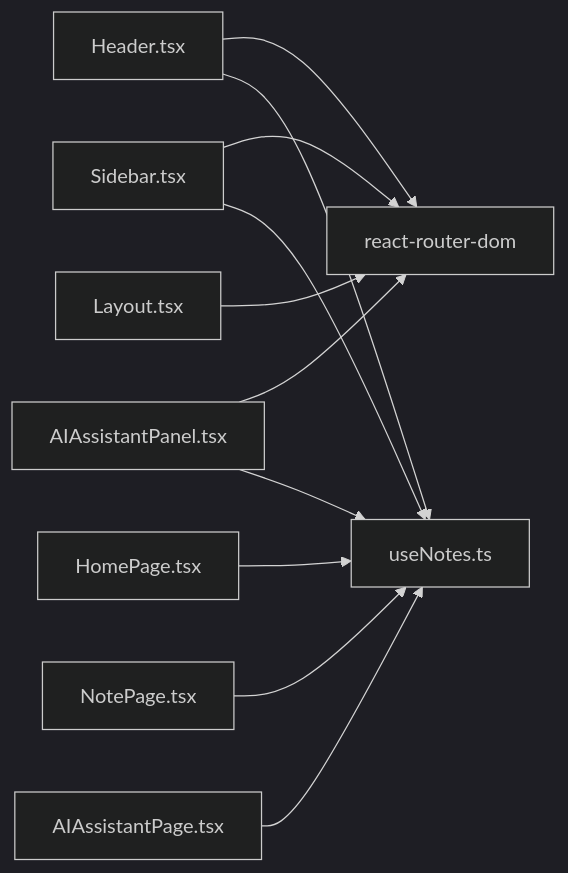
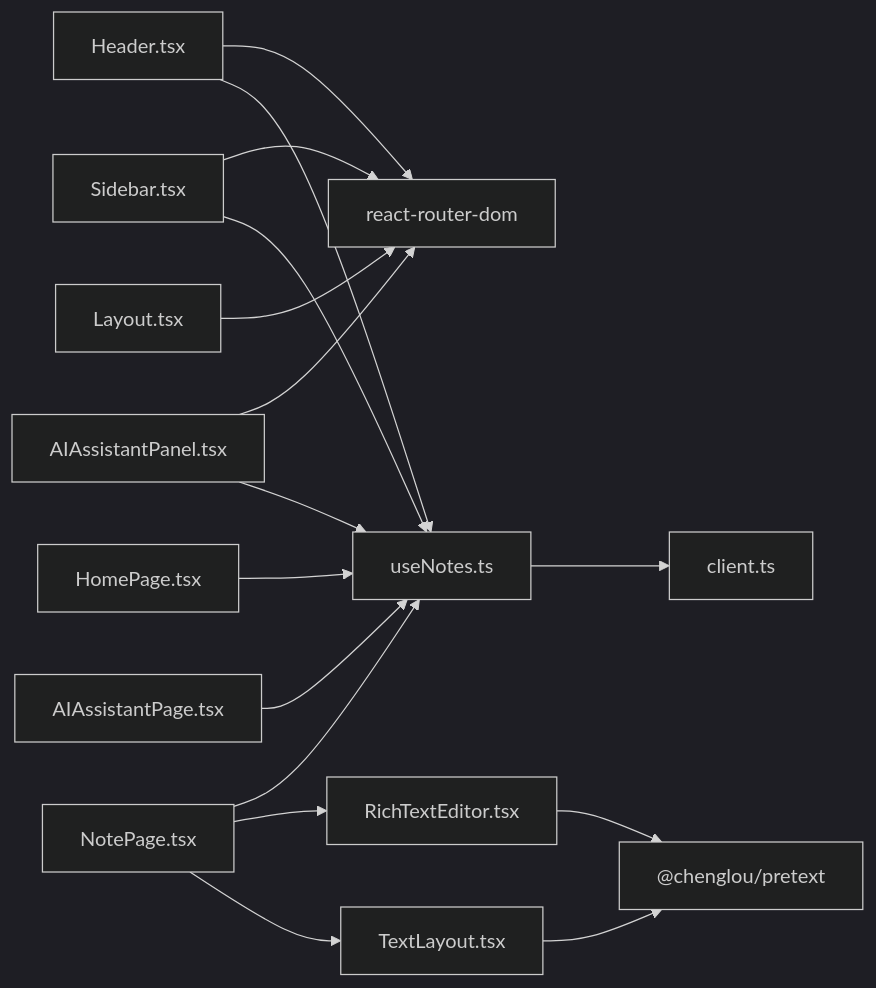
Before and after one commit to acproject/tomato_notebook: diagram 11 of 11 in .qoder/repowiki/zh/content/Web前端应用/UI组件系统.md, drawn with Mermaid (dark theme). The commit also changed other lines of this file and 14 other files, not shown here.

````diff
--- a/.qoder/repowiki/zh/content/Web前端应用/UI组件系统.md
+++ b/.qoder/repowiki/zh/content/Web前端应用/UI组件系统.md
@@ -353,13 +534,18 @@
 ```mermaid
 graph LR
 HEADER["Header.tsx"] --> ROUTER["react-router-dom"]
 SIDEBAR["Sidebar.tsx"] --> ROUTER
 AI_PANEL["AIAssistantPanel.tsx"] --> ROUTER
 LAYOUT["Layout.tsx"] --> ROUTER
 HEADER --> HOOKS["useNotes.ts"]
 SIDEBAR --> HOOKS
 AI_PANEL --> HOOKS
 HOME["HomePage.tsx"] --> HOOKS
 NOTE["NotePage.tsx"] --> HOOKS
 AI_PAGE["AIAssistantPage.tsx"] --> HOOKS
+NOTE --> RT_EDITOR["RichTextEditor.tsx"]
+NOTE --> TEXT_LAYOUT["TextLayout.tsx"]
+RT_EDITOR --> PRETEXT["@chenglou/pretext"]
+TEXT_LAYOUT --> PRETEXT
+HOOKS --> API_CLIENT["client.ts"]
 ```
````
